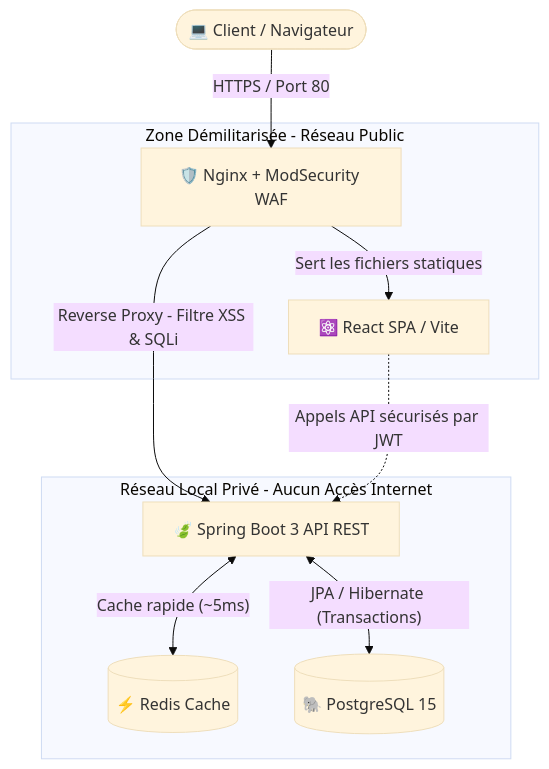
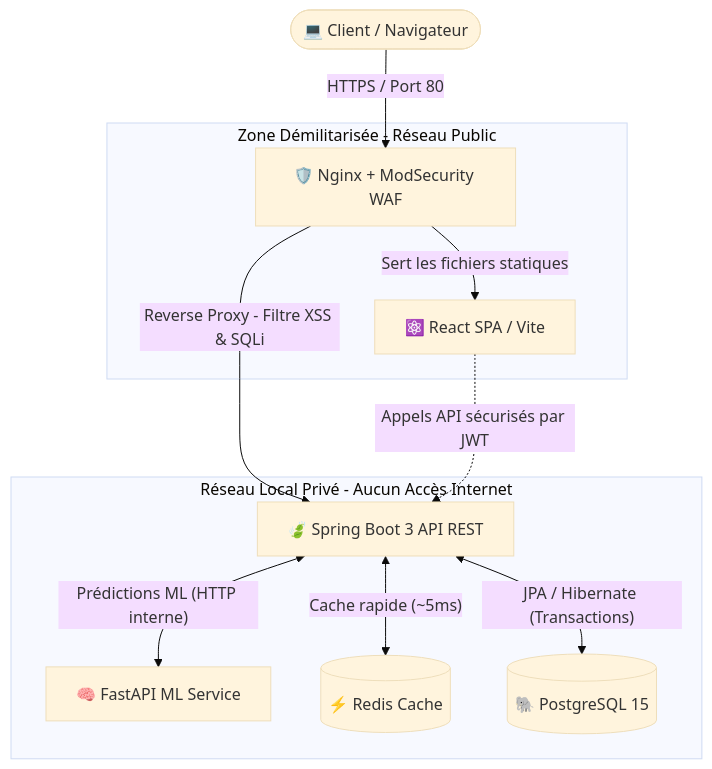
The second of 2 diagrams in README.md (AymanTN1/drivingSchool), drawn with Mermaid (base theme) before and after one commit. The commit also changed other lines of this file, not shown here.

Commit message:
docs: rewrite README with dynamic CI/CD badges, pipeline architecture diagram and AI section

````diff
--- a/README.md
+++ b/README.md
@@ -29,21 +75,23 @@
 ```mermaid
 graph TD
-    Client([💻 Client / Navigateur]) -->|HTTPS / Port 80| WAF
+    Client(["💻 Client / Navigateur"]) -->|HTTPS / Port 80| WAF
     
-    subgraph DMZ [Zone Démilitarisée - Réseau Public]
-        WAF[🛡️ Nginx + ModSecurity WAF]
-        Frontend[⚛️ React SPA / Vite]
+    subgraph DMZ ["Zone Démilitarisée - Réseau Public"]
+        WAF["🛡️ Nginx + ModSecurity WAF"]
+        Frontend["⚛️ React SPA / Vite"]
     end
     
-    subgraph LAN [Réseau Local Privé - Aucun Accès Internet]
-        Backend[🍃 Spring Boot 3 API REST]
-        Cache[(⚡ Redis Cache)]
-        DB[(🐘 PostgreSQL 15)]
+    subgraph LAN ["Réseau Local Privé - Aucun Accès Internet"]
+        Backend["🍃 Spring Boot 3 API REST"]
+        AI["🧠 FastAPI ML Service"]
+        Cache[("⚡ Redis Cache")]
+        DB[("🐘 PostgreSQL 15")]
     end
 
     WAF -->|Sert les fichiers statiques| Frontend
-    WAF -->|Reverse Proxy - Filtre XSS & SQLi| Backend
-    Frontend -.->|Appels API sécurisés par JWT| Backend
+    WAF -->|"Reverse Proxy - Filtre XSS & SQLi"| Backend
+    Frontend -.->|"Appels API sécurisés par JWT"| Backend
+    Backend <-->|"Prédictions ML (HTTP interne)"| AI
     Backend <-->|"Cache rapide (~5ms)"| Cache
     Backend <-->|"JPA / Hibernate (Transactions)"| DB
 ```
````
